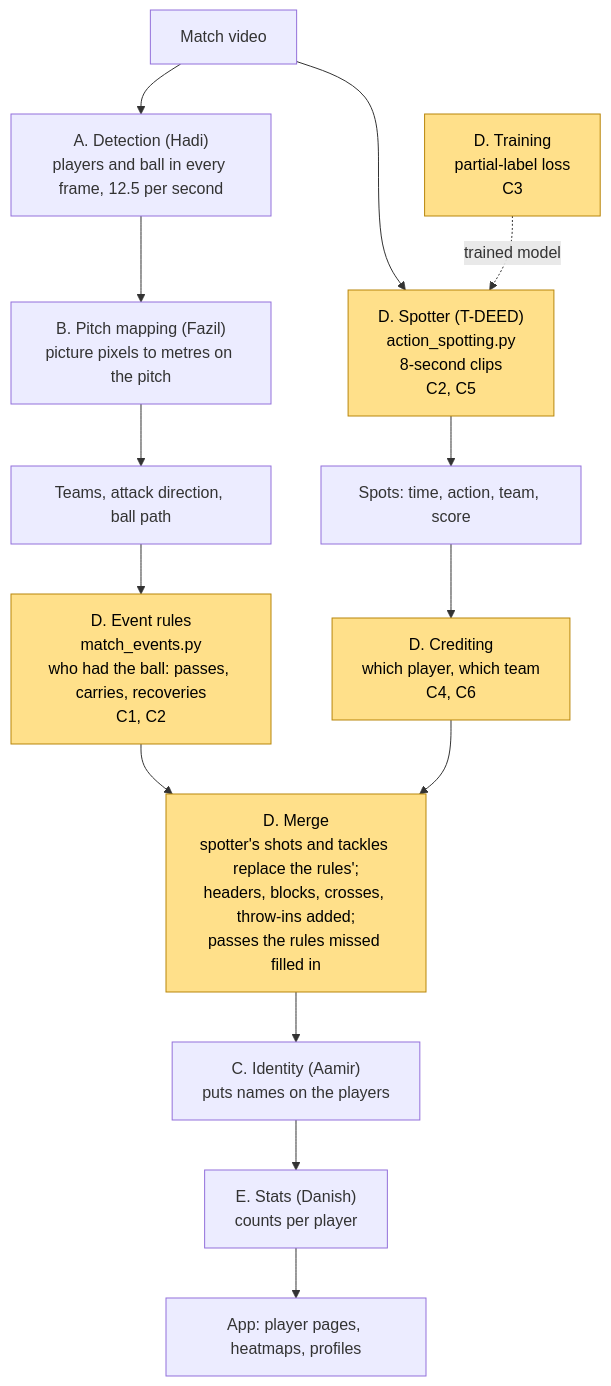
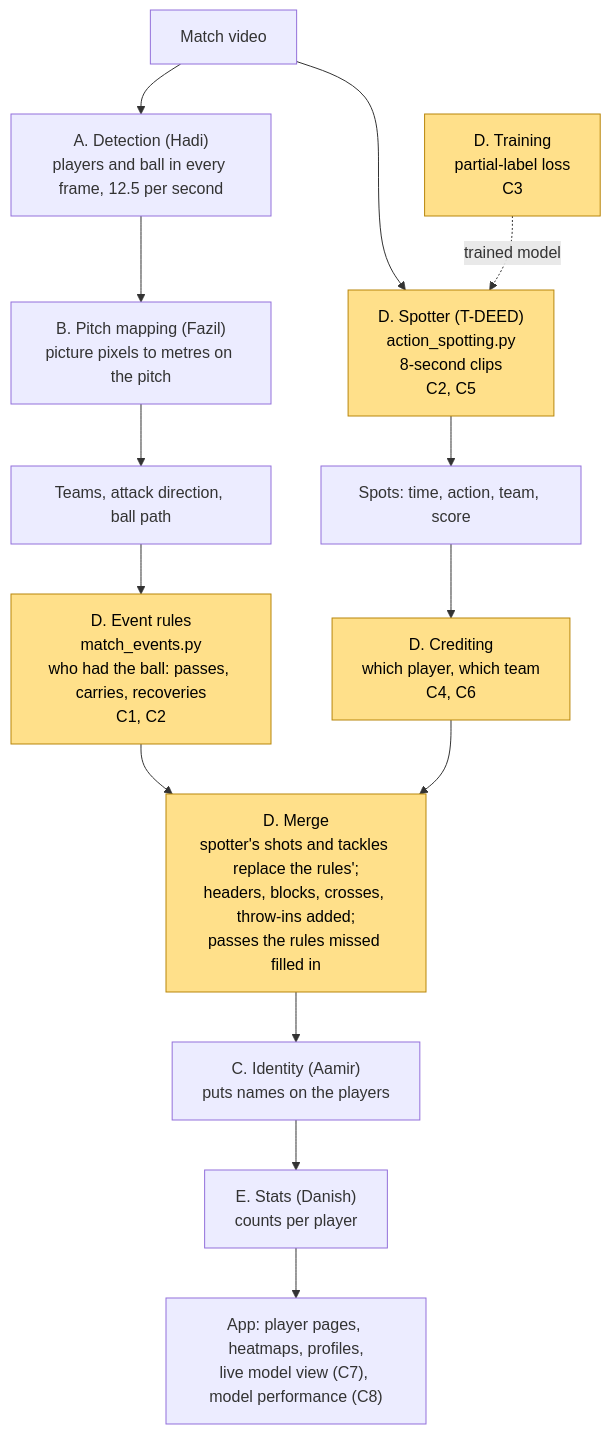
One commit to havochadi/AIFootballProfiler changed the first of 3 diagrams in README.md. Above: the diagram before and after it, drawn with Mermaid. The commit also changed other lines of this file, not shown here.

Commit message:
Explain the live model view, the model performance page and our own clip, and update Hadi's steps

````diff
--- a/README.md
+++ b/README.md
@@ -46,19 +59,19 @@
 ```mermaid
 flowchart TD
     V["Match video"] --> A["A. Detection (Hadi)<br>players and ball in every frame, 12.5 per second"]
     A --> B["B. Pitch mapping (Fazil)<br>picture pixels to metres on the pitch"]
     B --> T["Teams, attack direction, ball path"]
     T --> R["D. Event rules<br>match_events.py<br>who had the ball: passes, carries, recoveries<br>C1, C2"]
     V --> S["D. Spotter (T-DEED)<br>action_spotting.py<br>8-second clips<br>C2, C5"]
     W["D. Training<br>partial-label loss<br>C3"] -. trained model .-> S
     S --> J["Spots: time, action, team, score"]
     J --> K["D. Crediting<br>which player, which team<br>C4, C6"]
     R --> M["D. Merge<br>spotter's shots and tackles replace the rules';<br>headers, blocks, crosses, throw-ins added;<br>passes the rules missed filled in"]
     K --> M
     M --> C["C. Identity (Aamir)<br>puts names on the players"]
     C --> E["E. Stats (Danish)<br>counts per player"]
-    E --> APP["App: player pages, heatmaps, profiles"]
+    E --> APP["App: player pages, heatmaps, profiles,<br>live model view (C7), model performance (C8)"]
 
     classDef groupD fill:#ffe08a,stroke:#b8860b,color:#000
     class R,S,W,K,M groupD
 ```
````
